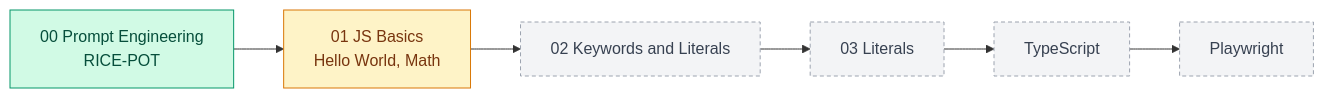
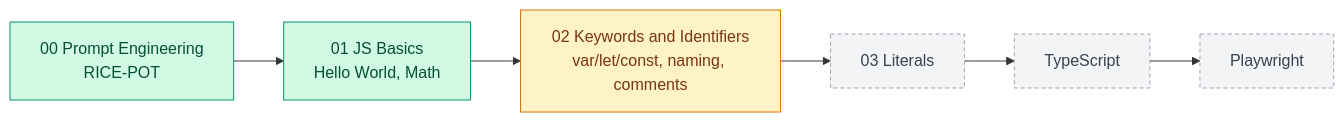
One commit to PramodDutta/LearnJSTSPlaywright4x changed the first of 10 diagrams in README.md. Above: the diagram before and after it, drawn with Mermaid. The commit also changed other lines of this file and 8 other files, not shown here.

First line of the commit message:
feat: add chapter 02 keywords and identifiers

````diff
--- a/README.md
+++ b/README.md
@@ -28,12 +35,12 @@
 ```mermaid
 flowchart LR
-    C0["00 Prompt Engineering<br/>RICE-POT"]:::done --> C1["01 JS Basics<br/>Hello World, Math"]:::progress
-    C1 --> C2["02 Keywords and Literals"]:::planned
+    C0["00 Prompt Engineering<br/>RICE-POT"]:::done --> C1["01 JS Basics<br/>Hello World, Math"]:::done
+    C1 --> C2["02 Keywords and Identifiers<br/>var/let/const, naming, comments"]:::progress
     C2 --> C3["03 Literals"]:::planned
     C3 --> TS["TypeScript"]:::planned
     TS --> PW["Playwright"]:::planned
 
     classDef done fill:#d1fae5,stroke:#059669,color:#064e3b
     classDef progress fill:#fef3c7,stroke:#d97706,color:#78350f
     classDef planned fill:#f3f4f6,stroke:#9ca3af,color:#374151,stroke-dasharray: 4 3
 ```
````
